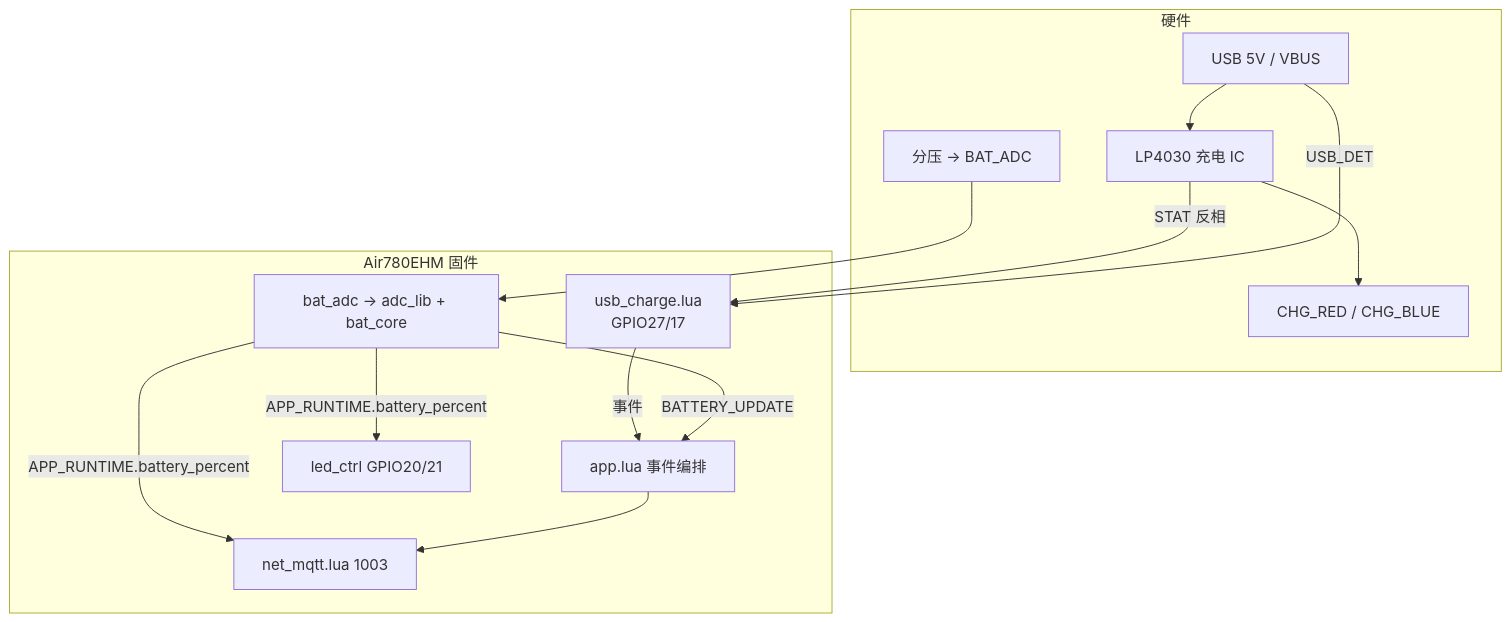
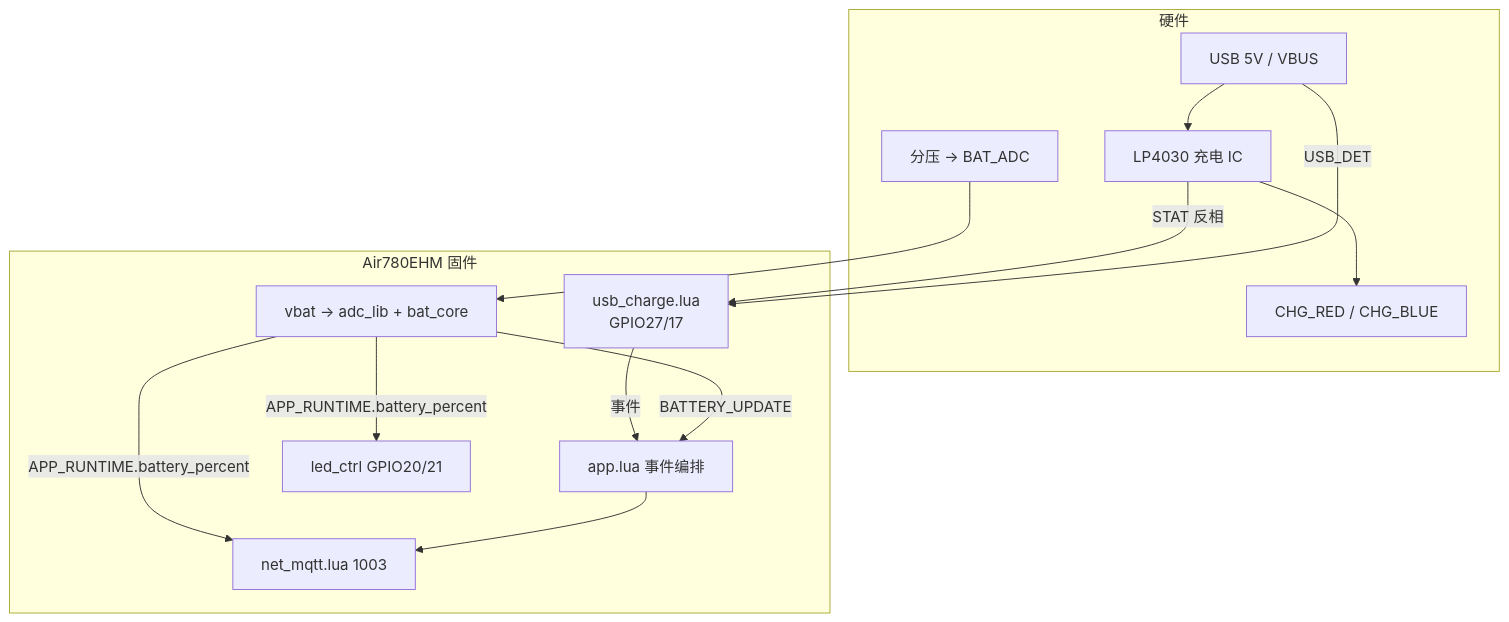
The first of 4 diagrams in doc/CHARGE_BATTERY.md (dzr1986/AIR780EHM), drawn with Mermaid before and after one commit. The commit also changed other lines of this file and 54 other files, not shown here.

````diff
--- a/doc/CHARGE_BATTERY.md
+++ b/doc/CHARGE_BATTERY.md
@@ -20,26 +20,26 @@
 ```mermaid
 flowchart TB
     subgraph HW["硬件"]
         USB[USB 5V / VBUS]
         U17[LP4030 充电 IC]
         DIV[分压 → BAT_ADC]
         LED_CHG[CHG_RED / CHG_BLUE]
     end
     subgraph MCU["Air780EHM 固件"]
         CHG[usb_charge.lua<br/>GPIO27/17]
-        BAT[bat_adc → adc_lib + bat_core]
+        BAT[vbat → adc_lib + bat_core]
         APP[app.lua 事件编排]
         LED[led_ctrl GPIO20/21]
         NET[net_mqtt.lua 1003]
     end
     USB --> U17
     U17 --> LED_CHG
     U17 -->|STAT 反相| CHG
     USB -->|USB_DET| CHG
     DIV --> BAT
     BAT -->|APP_RUNTIME.battery_percent| LED
     BAT -->|APP_RUNTIME.battery_percent| NET
     CHG -->|事件| APP
     BAT -->|BATTERY_UPDATE| APP
     APP --> NET
 ```
````
